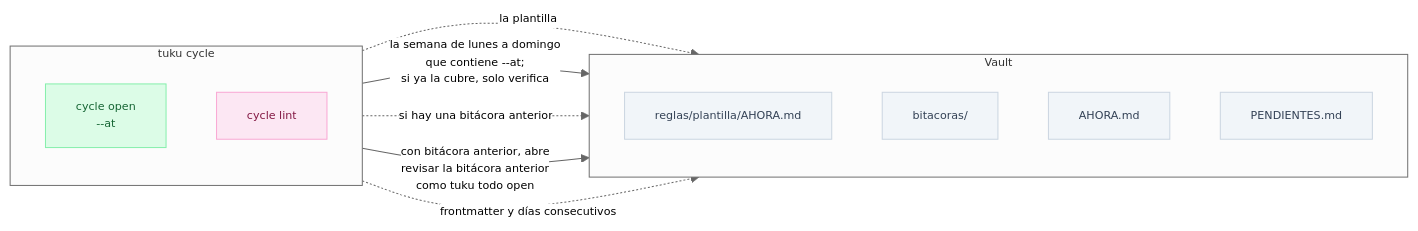
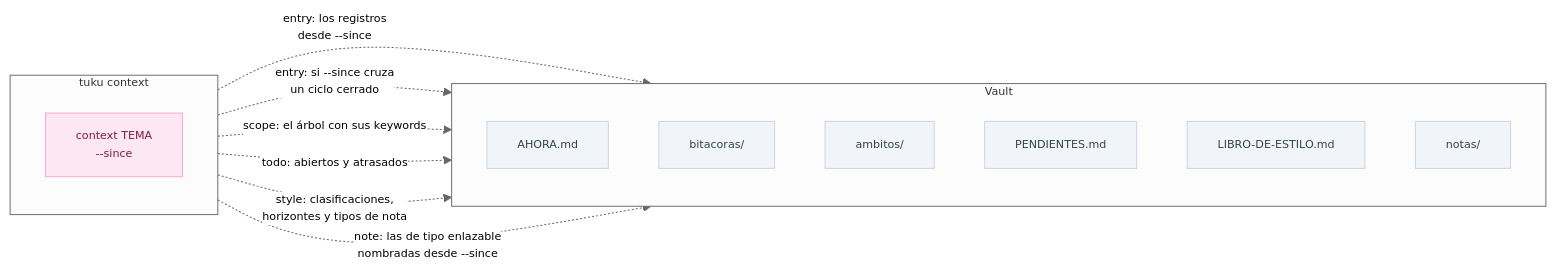
The seventh of 8 diagrams in spec/tuku.md (pewma-ai/tuku), drawn with Mermaid before and after one commit. The commit also changed other lines of this file and 73 other files, not shown here.

````diff
--- a/spec/tuku.md
+++ b/spec/tuku.md
@@ -169,29 +288,29 @@
 ```mermaid
 %%{init: {'flowchart': {'useMaxWidth': true}, 'theme': 'neutral', 'themeVariables': {'fontSize': '11px'}}}%%
 flowchart LR
-    subgraph CMD["tuku cycle"]
+    subgraph CMD["tuku context"]
         direction TB
-        CO["cycle open<br/>--at"]
-        CL["cycle lint"]
+        CX["context TEMA<br/>--since"]
     end
     subgraph VAULT["Vault"]
         direction TB
-        TP["reglas/plantilla/AHORA.md"]
+        AH["AHORA.md"]
         BI["bitacoras/"]
-        AH["AHORA.md"]
+        AM["ambitos/"]
         PE["PENDIENTES.md"]
+        LE["LIBRO-DE-ESTILO.md"]
+        NO["notas/"]
     end
 
-    CO -.->|"la plantilla"| TP
-    CO -->|"la semana de lunes a domingo<br/>que contiene --at;<br/>si ya la cubre, solo verifica"| AH
-    CO -.->|"si hay una bitácora anterior"| BI
-    CO -->|"con bitácora anterior, abre<br/>revisar la bitácora anterior<br/>como tuku todo open"| PE
-    CL -.->|"frontmatter y días consecutivos"| AH
+    CX -.->|"entry: los registros<br/>desde --since"| AH
+    CX -.->|"entry: si --since cruza<br/>un ciclo cerrado"| BI
+    CX -.->|"scope: el árbol con sus keywords"| AM
+    CX -.->|"todo: abiertos y atrasados"| PE
+    CX -.->|"style: clasificaciones,<br/>horizontes y tipos de nota"| LE
+    CX -.->|"note: las de tipo enlazable<br/>nombradas desde --since"| NO
 
-    style CO fill:#dcfce7,color:#166534,stroke:#86efac
-    style CL fill:#fce7f3,color:#831843,stroke:#f9a8d4
-    style TP fill:#f1f5f9,color:#334155,stroke:#cbd5e1
-    style BI fill:#f1f5f9,color:#334155,stroke:#cbd5e1
-    style AH fill:#f1f5f9,color:#334155,stroke:#cbd5e1
-    style PE fill:#f1f5f9,color:#334155,stroke:#cbd5e1
+    classDef revisa fill:#fce7f3,color:#831843,stroke:#f9a8d4
+    classDef archivo fill:#f1f5f9,color:#334155,stroke:#cbd5e1
+    class CX revisa
+    class AH,BI,AM,PE,LE,NO archivo
 ```
````
